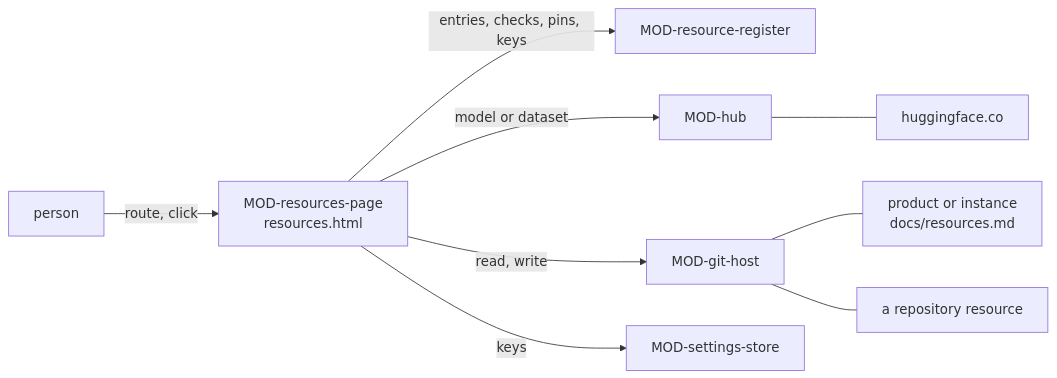
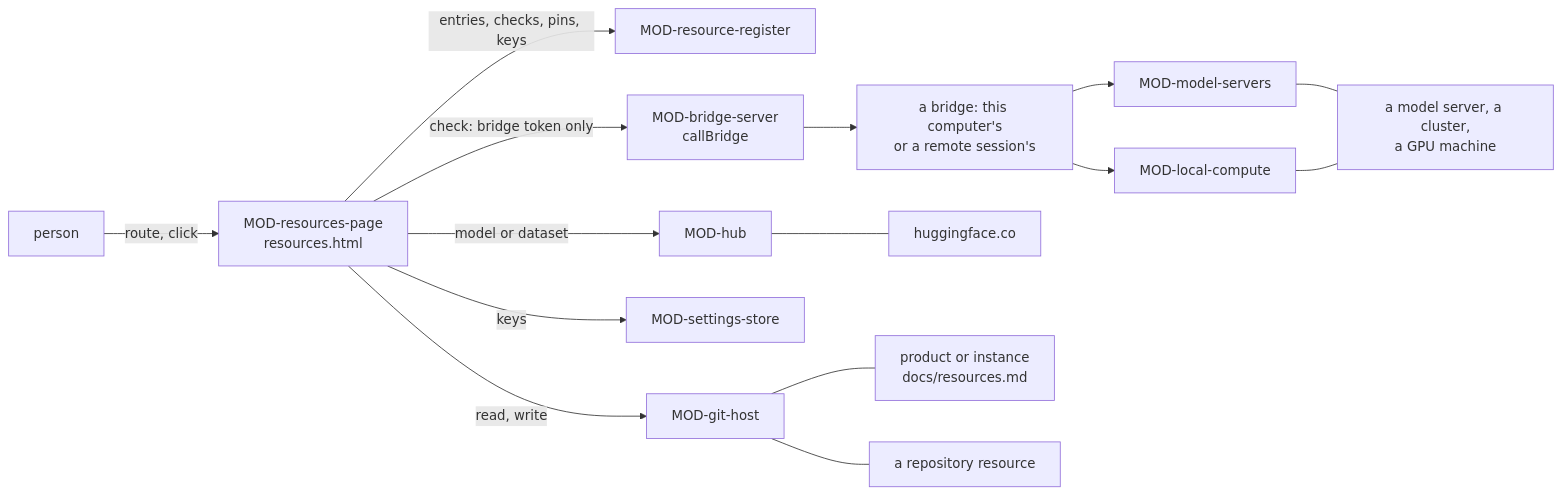
One commit to akmaier/agent-m changed the diagram in docs/architecture/ARC-034-the-products-resources.md. Above: the diagram before and after it, drawn with Mermaid. The commit also changed other lines of this file and 6 other files, not shown here.

````diff
--- a/docs/architecture/ARC-034-the-products-resources.md
+++ b/docs/architecture/ARC-034-the-products-resources.md
@@ -279,19 +343,27 @@
 ```mermaid
 flowchart LR
     P["person"]
     RP["MOD-resources-page<br/>resources.html"]
     RR["MOD-resource-register"]
     HB["MOD-hub"]
     GH["MOD-git-host"]
     SS["MOD-settings-store"]
+    BS["MOD-bridge-server<br/>callBridge"]
+    BR["a bridge: this computer's<br/>or a remote session's"]
+    MS["MOD-model-servers"]
+    LC["MOD-local-compute"]
     HF["huggingface.co"]
     R["product or instance<br/>docs/resources.md"]
     X["a repository resource"]
+    M["a model server, a cluster,<br/>a GPU machine"]
     P -->|"route, click"| RP
     RP -->|"entries, checks, pins, keys"| RR
     RP -->|"model or dataset"| HB --- HF
     RP -->|"read, write"| GH
     RP -->|"keys"| SS
+    RP -->|"check: bridge token only"| BS --> BR
+    BR --> MS --- M
+    BR --> LC --- M
     GH --- R
     GH --- X
 ```
````
